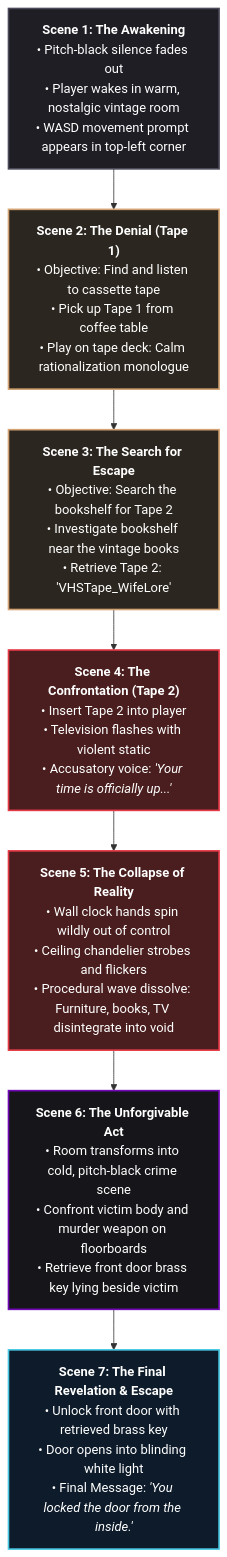
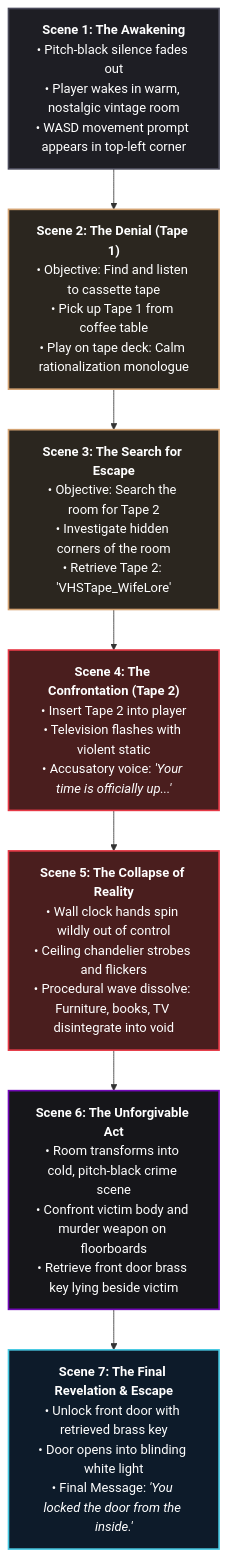
Before and after one commit to NiladriKrSahoo-dev/Buildathon-Genesis-IVWS: the diagram in B17-Room above/README.md, drawn with Mermaid. The commit also changed 5 other files, not shown here.

Commit message:
chore: Make Tape 2 objective and hints mysterious without revealing hiding spot

````diff
--- a/B17-Room above/README.md
+++ b/B17-Room above/README.md
@@ -80,20 +80,20 @@
 ```mermaid
 graph TD
     A["<b>Scene 1: The Awakening</b><br/>• Pitch-black silence fades out<br/>• Player wakes in warm, nostalgic vintage room<br/>• WASD movement prompt appears in top-left corner"] --> B["<b>Scene 2: The Denial (Tape 1)</b><br/>• Objective: Find and listen to cassette tape<br/>• Pick up Tape 1 from coffee table<br/>• Play on tape deck: Calm rationalization monologue"]
-    B --> C["<b>Scene 3: The Search for Escape</b><br/>• Objective: Search the bookshelf for Tape 2<br/>• Investigate bookshelf near the vintage books<br/>• Retrieve Tape 2: 'VHSTape_WifeLore'"]
+    B --> C["<b>Scene 3: The Search for Escape</b><br/>• Objective: Search the room for Tape 2<br/>• Investigate hidden corners of the room<br/>• Retrieve Tape 2: 'VHSTape_WifeLore'"]
     C --> D["<b>Scene 4: The Confrontation (Tape 2)</b><br/>• Insert Tape 2 into player<br/>• Television flashes with violent static<br/>• Accusatory voice: <i>'Your time is officially up...'</i>"]
 
     D --> E["<b>Scene 5: The Collapse of Reality</b><br/>• Wall clock hands spin wildly out of control<br/>• Ceiling chandelier strobes and flickers<br/>• Procedural wave dissolve: Furniture, books, TV disintegrate into void"]
 
     E --> F["<b>Scene 6: The Unforgivable Act</b><br/>• Room transforms into cold, pitch-black crime scene<br/>• Confront victim body and murder weapon on floorboards<br/>• Retrieve front door brass key lying beside victim"]
 
     F --> G["<b>Scene 7: The Final Revelation &amp; Escape</b><br/>• Unlock front door with retrieved brass key<br/>• Door opens into blinding white light<br/>• Final Message: <i>'You locked the door from the inside.'</i>"]
 
     style A fill:#1e1e24,stroke:#4a4a5a,stroke-width:2px,color:#fff
     style B fill:#2b261f,stroke:#d4a373,stroke-width:2px,color:#fff
     style C fill:#2b261f,stroke:#d4a373,stroke-width:2px,color:#fff
     style D fill:#4a1e1e,stroke:#e63946,stroke-width:2px,color:#fff
     style E fill:#4a1e1e,stroke:#e63946,stroke-width:2px,color:#fff
     style F fill:#16161a,stroke:#7209b7,stroke-width:2px,color:#fff
     style G fill:#0d1b2a,stroke:#48cae4,stroke-width:2px,color:#fff
 ```
````
